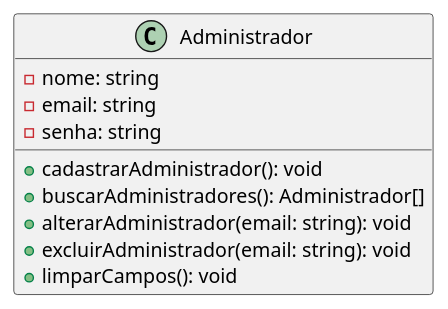
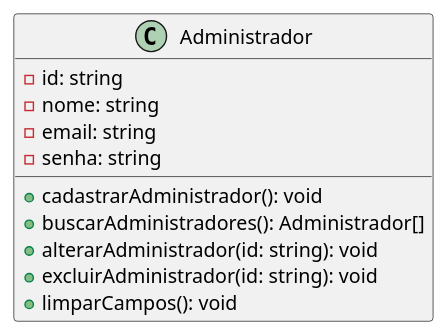
The diagram in diagramas-uml/Administrador.puml (Kaiser1993/portal-noticias-react), drawn with PlantUML before and after one commit. The commit also changed 7 other files, not shown here.

```diff
--- a/diagramas-uml/Administrador.puml
+++ b/diagramas-uml/Administrador.puml
@@ -1,15 +1,16 @@
 @startuml diagramadeclasse-administrador
 
 class Administrador {
+    - id: string
     - nome: string
     - email: string
     - senha: string
 
     + cadastrarAdministrador(): void
     + buscarAdministradores(): Administrador[]
-    + alterarAdministrador(email: string): void
-    + excluirAdministrador(email: string): void
+    + alterarAdministrador(id: string): void
+    + excluirAdministrador(id: string): void
     + limparCampos(): void
 }
 
 @enduml
```
